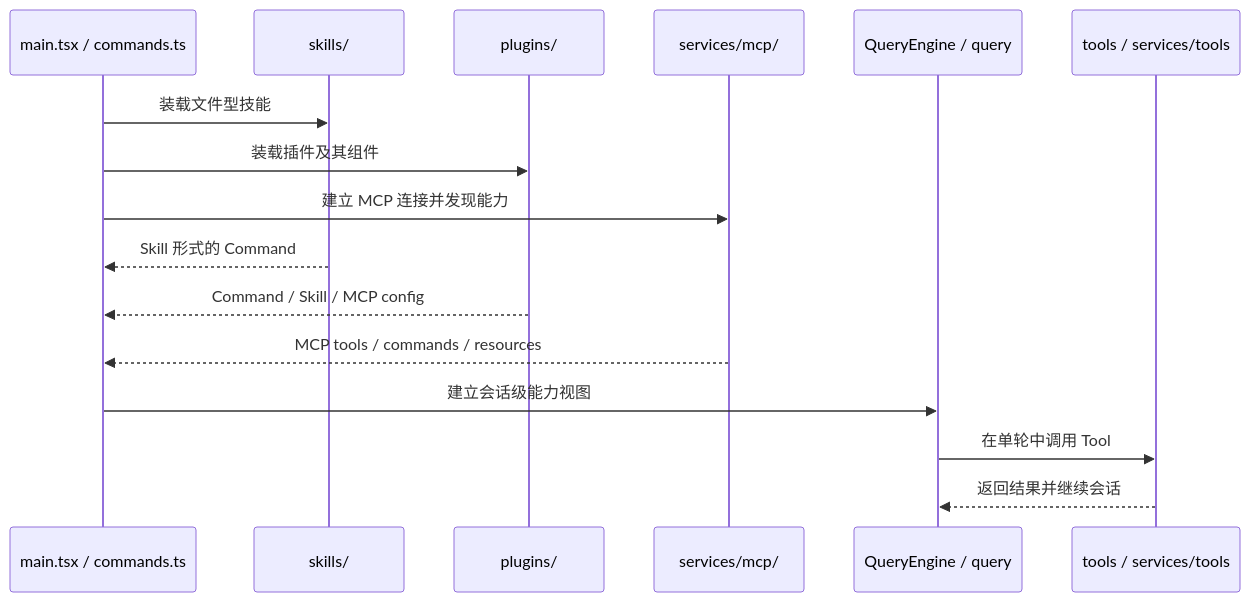
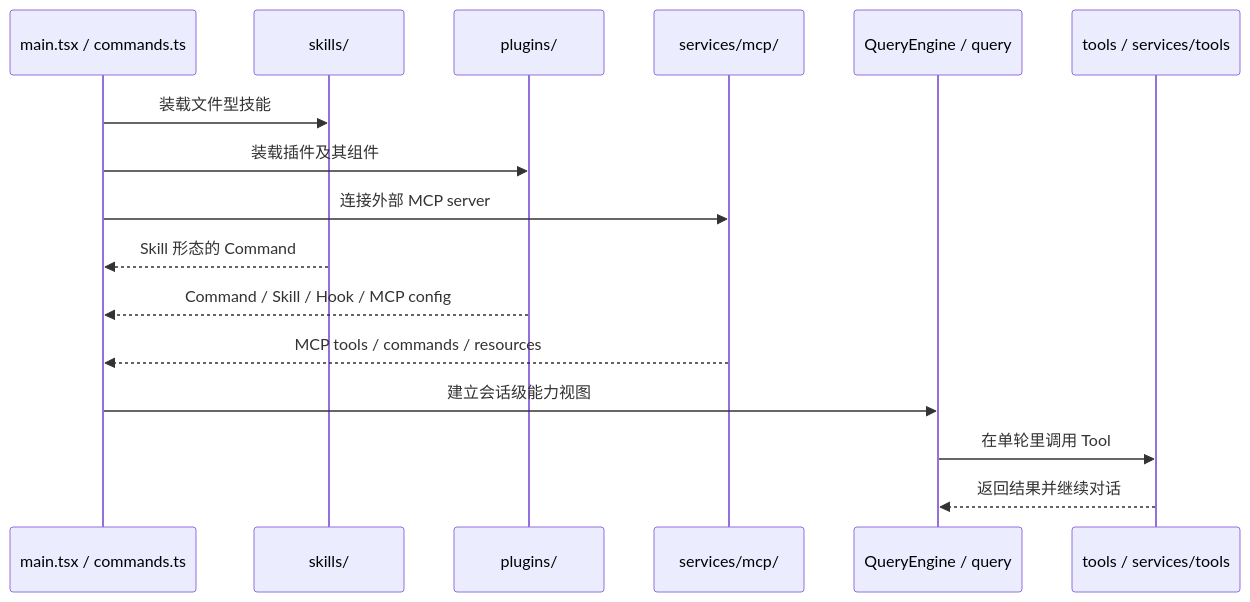
The second of 2 diagrams in docs/architecture/concepts-and-terminology.md (jimingmin/claude-code), drawn with Mermaid before and after one commit. The commit also changed other lines of this file and 10 other files, not shown here.

````diff
--- a/docs/architecture/concepts-and-terminology.md
+++ b/docs/architecture/concepts-and-terminology.md
@@ -40,19 +62,19 @@
 ```mermaid
 sequenceDiagram
   participant Boot as main.tsx / commands.ts
   participant SkillSrc as skills/
   participant PluginSrc as plugins/
   participant MCPSrc as services/mcp/
   participant Session as QueryEngine / query
   participant ToolExec as tools / services/tools
 
   Boot->>SkillSrc: 装载文件型技能
   Boot->>PluginSrc: 装载插件及其组件
-  Boot->>MCPSrc: 建立 MCP 连接并发现能力
-  SkillSrc-->>Boot: Skill 形式的 Command
-  PluginSrc-->>Boot: Command / Skill / MCP config
+  Boot->>MCPSrc: 连接外部 MCP server
+  SkillSrc-->>Boot: Skill 形态的 Command
+  PluginSrc-->>Boot: Command / Skill / Hook / MCP config
   MCPSrc-->>Boot: MCP tools / commands / resources
   Boot->>Session: 建立会话级能力视图
-  Session->>ToolExec: 在单轮中调用 Tool
-  ToolExec-->>Session: 返回结果并继续会话
+  Session->>ToolExec: 在单轮里调用 Tool
+  ToolExec-->>Session: 返回结果并继续对话
 ```
````
